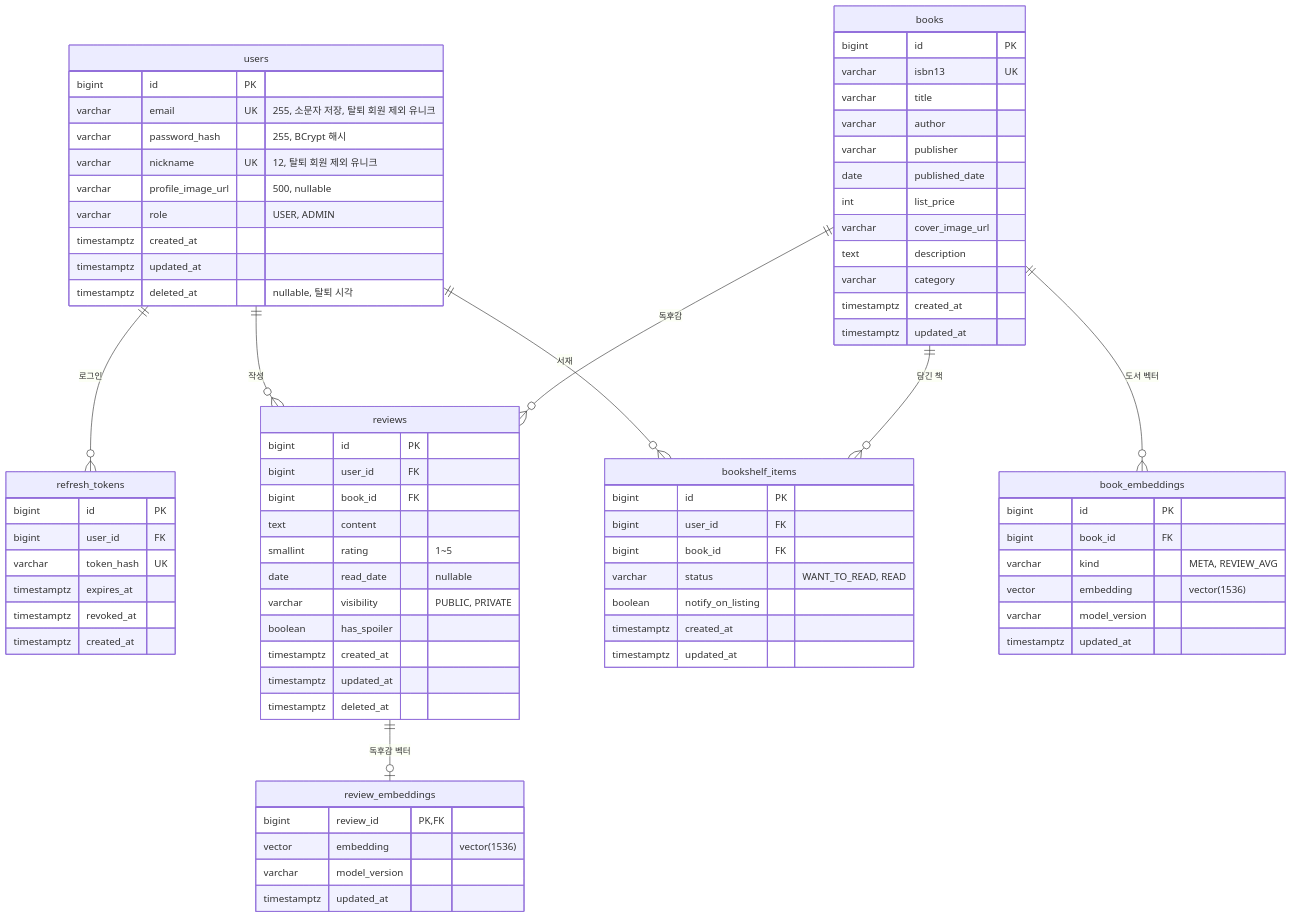
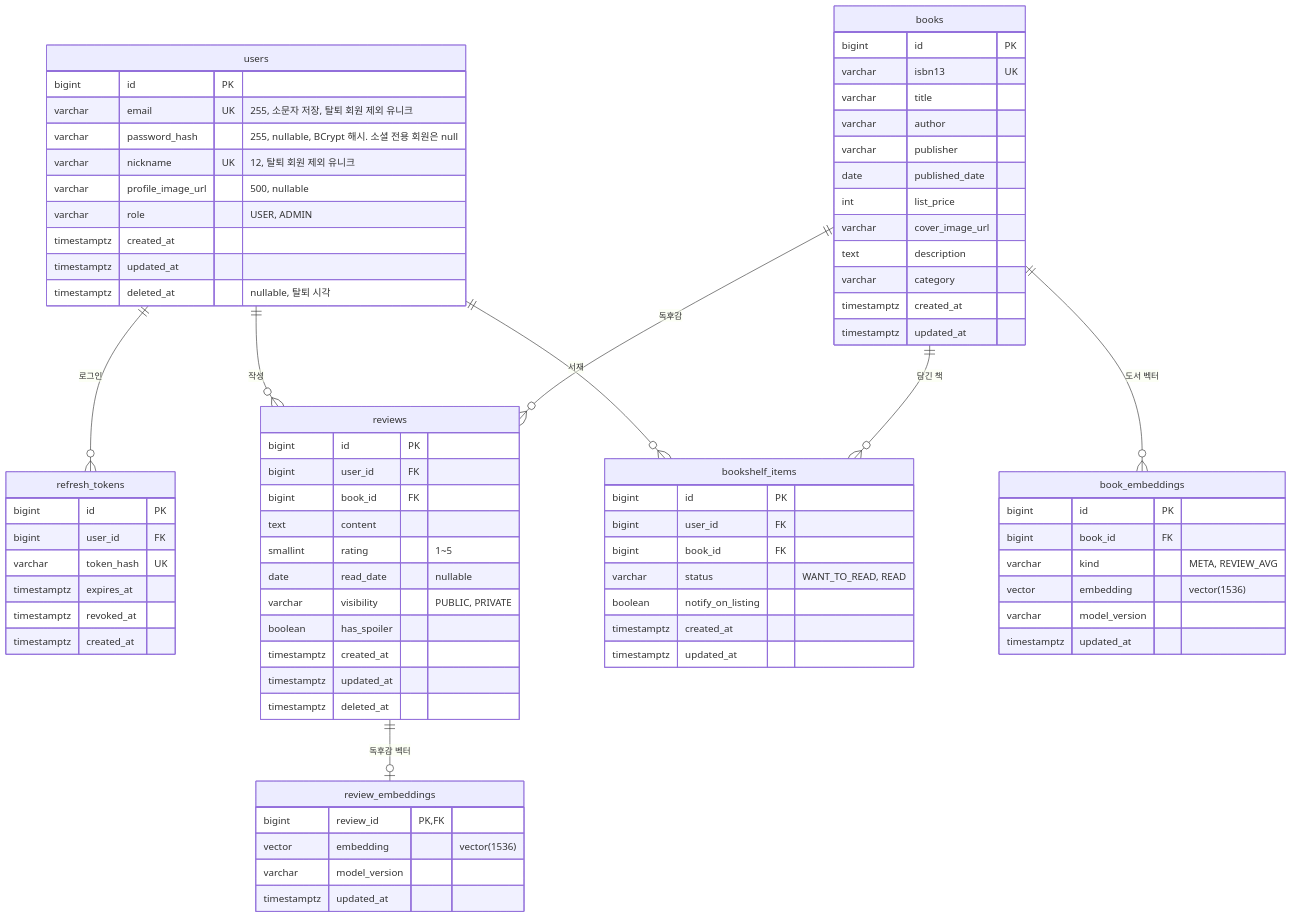
One commit to Obebe-creator/DooDok-demo changed the first of 2 diagrams in docs/04-erd.md. Above: the diagram before and after it, drawn with Mermaid. The commit also changed other lines of this file and 7 other files, not shown here.

```diff
--- a/docs/04-erd.md
+++ b/docs/04-erd.md
@@ -35,7 +35,7 @@
     users {
         bigint id PK
         varchar email UK "255, 소문자 저장, 탈퇴 회원 제외 유니크"
-        varchar password_hash "255, BCrypt 해시"
+        varchar password_hash "255, nullable, BCrypt 해시. 소셜 전용 회원은 null"
         varchar nickname UK "12, 탈퇴 회원 제외 유니크"
         varchar profile_image_url "500, nullable"
         varchar role "USER, ADMIN"
```
